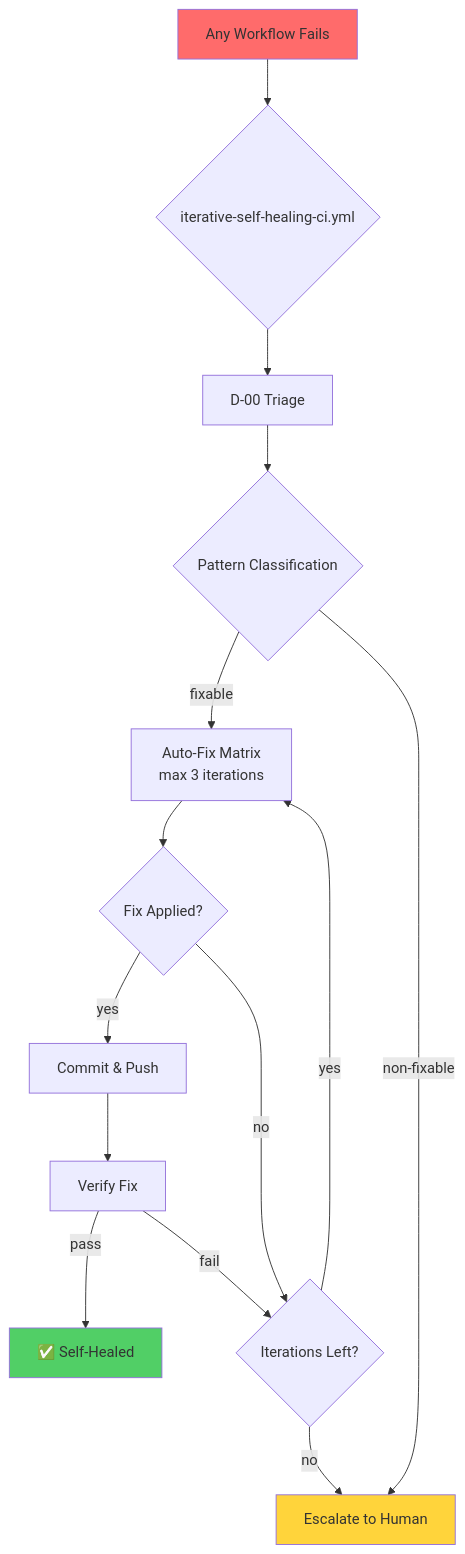
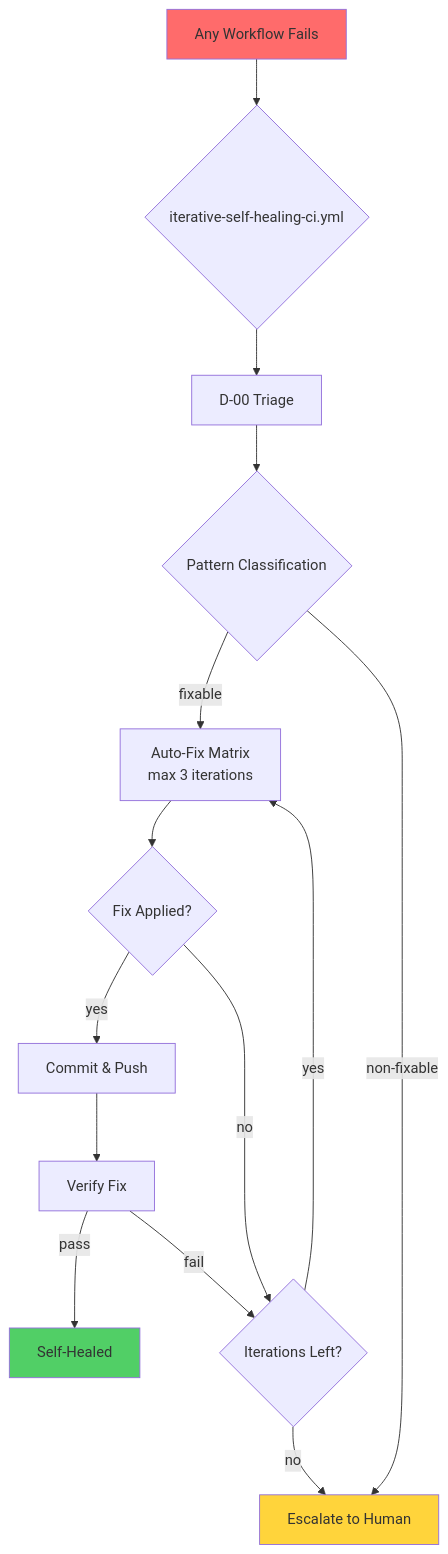
The first of 23 diagrams in docs/plans/AUTONOMOUS_SELF_HEALING_PROPOSAL_S182.md (Aries-Serpent/_codex_), drawn with Mermaid before and after one commit. The commit also changed other lines of this file and 2029 other files, not shown here.

````diff
--- a/docs/plans/AUTONOMOUS_SELF_HEALING_PROPOSAL_S182.md
+++ b/docs/plans/AUTONOMOUS_SELF_HEALING_PROPOSAL_S182.md
@@ -50,23 +52,23 @@
 ```mermaid
 %%{init: {'accessibility': {'title': 'Flowchart showing Any Workflow Fails, D-00 Triage'}}%%
 flowchart TD
     A[Any Workflow Fails] --> B{iterative-self-healing-ci.yml}
     B --> C[D-00 Triage]
     C --> D{Pattern Classification}
     D -->|fixable| E[Auto-Fix Matrix<br/>max 3 iterations]
     D -->|non-fixable| F[Escalate to Human]
 
     E --> G{Fix Applied?}
     G -->|yes| H[Commit & Push]
     G -->|no| I{Iterations Left?}
     I -->|yes| E
     I -->|no| F
 
     H --> J[Verify Fix]
-    J -->|pass| K[✅ Self-Healed]
+    J -->|pass| K[ Self-Healed]
     J -->|fail| I
 
     style A fill:#ff6b6b
     style K fill:#51cf66
     style F fill:#ffd43b
 ```
````
